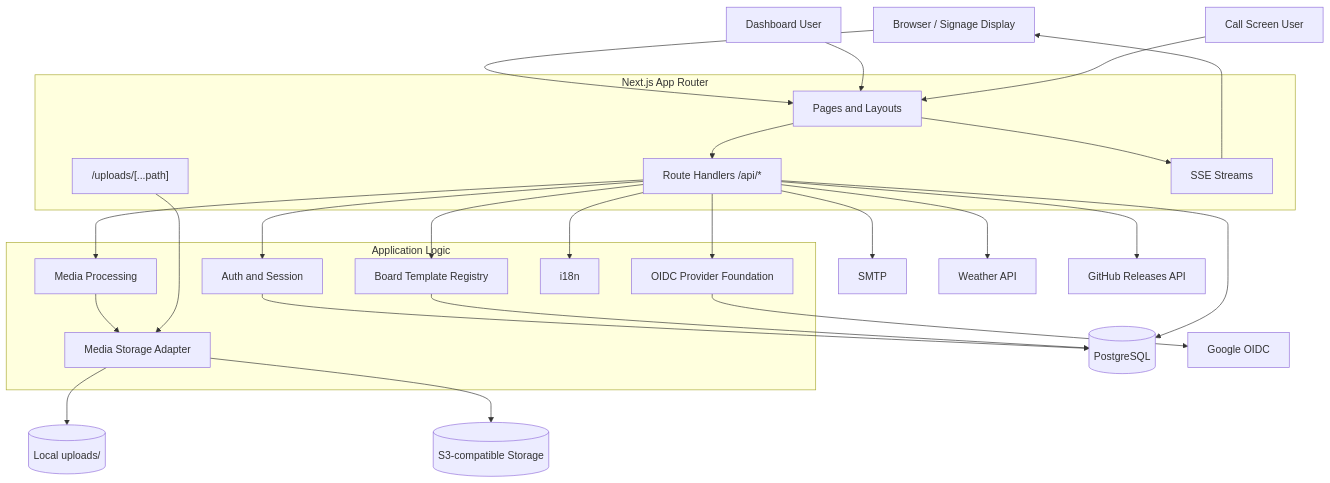
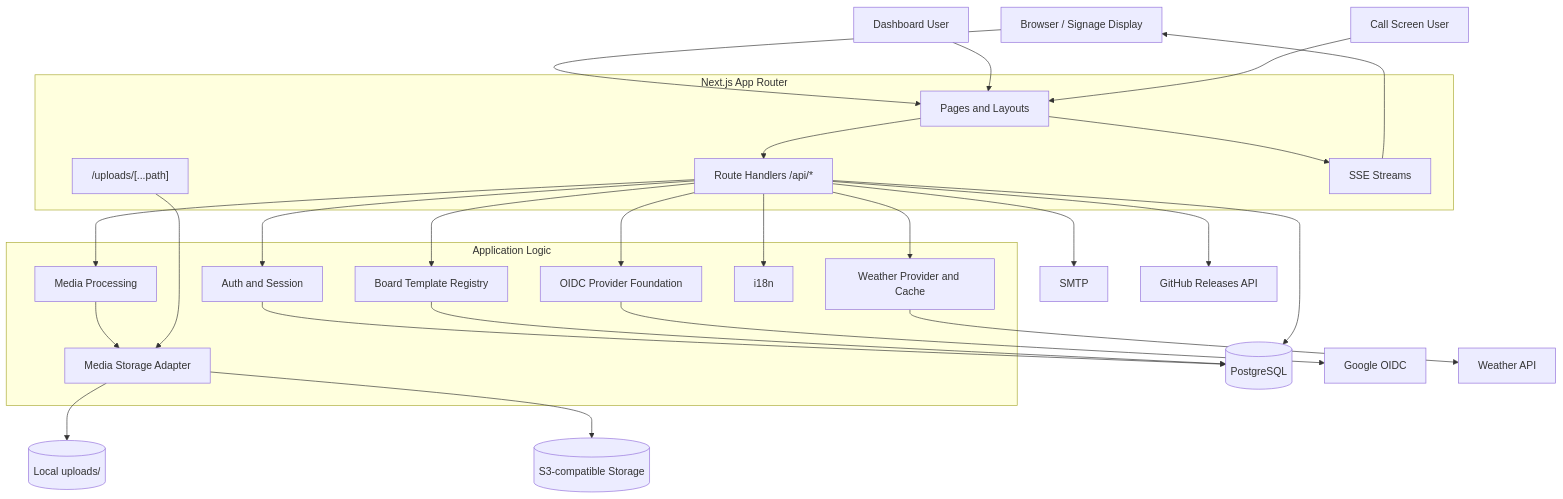
One commit to HiroshiARAKI/Keinage changed the first of 7 diagrams in docs/DESIGN.ja.md. Above: the diagram before and after it, drawn with Mermaid. The commit also changed other lines of this file and 31 other files, not shown here.

````diff
--- a/docs/DESIGN.ja.md
+++ b/docs/DESIGN.ja.md
@@ -17,53 +17,55 @@
 ```mermaid
 flowchart TB
   browser[Browser / Signage Display]
   admin[Dashboard User]
   callUser[Call Screen User]
 
   subgraph next[Next.js App Router]
     pages[Pages and Layouts]
     routes["Route Handlers /api/*"]
     uploadRoute["/uploads/[...path]"]
     sse[SSE Streams]
   end
 
   subgraph appLogic[Application Logic]
     auth[Auth and Session]
     oidc[OIDC Provider Foundation]
     media[Media Processing]
     storage[Media Storage Adapter]
+    weatherProvider[Weather Provider and Cache]
     templates[Board Template Registry]
     i18n[i18n]
   end
 
   db[(PostgreSQL)]
   local[(Local uploads/)]
   s3[(S3-compatible Storage)]
   smtp[SMTP]
   google[Google OIDC]
   weather[Weather API]
   github[GitHub Releases API]
 
   browser --> pages
   admin --> pages
   callUser --> pages
   pages --> routes
   pages --> sse
   routes --> auth
   routes --> oidc
   routes --> media
+  routes --> weatherProvider
   routes --> templates
   routes --> i18n
   auth --> db
   templates --> db
   media --> storage
   storage --> local
   storage --> s3
   uploadRoute --> storage
   oidc --> google
   routes --> smtp
-  routes --> weather
+  weatherProvider --> weather
   routes --> github
   routes --> db
   sse --> browser
 ```
````
